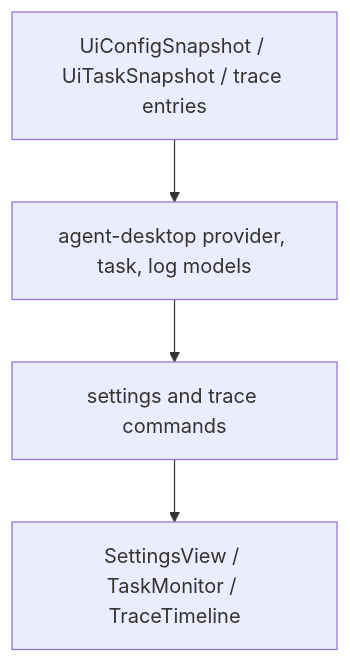
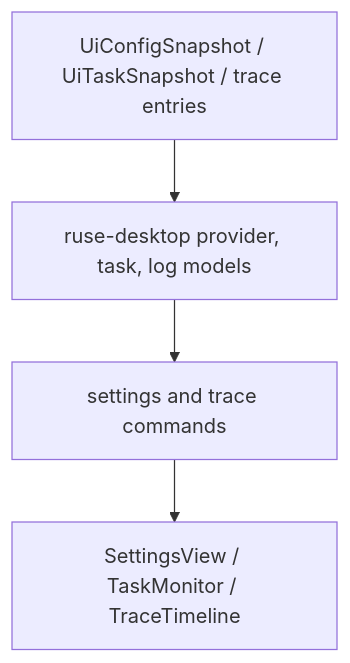
One commit to poneding/agent changed the diagram in docs/specs/M60-04-provider-task-log-surfaces.spec.md. Above: the diagram before and after it, drawn with Mermaid. The commit also changed other lines of this file and 2091 other files, not shown here.

First line of the commit message:
refactor: rename agent branding to ruse

````diff
--- a/docs/specs/M60-04-provider-task-log-surfaces.spec.md
+++ b/docs/specs/M60-04-provider-task-log-surfaces.spec.md
@@ -35,6 +35,6 @@
 ```mermaid
 flowchart TD
-  Bridge["UiConfigSnapshot / UiTaskSnapshot / trace entries"] --> DesktopModels["agent-desktop provider, task, log models"]
+  Bridge["UiConfigSnapshot / UiTaskSnapshot / trace entries"] --> DesktopModels["ruse-desktop provider, task, log models"]
   DesktopModels --> Tauri["settings and trace commands"]
   Tauri --> React["SettingsView / TaskMonitor / TraceTimeline"]
 ```
````
